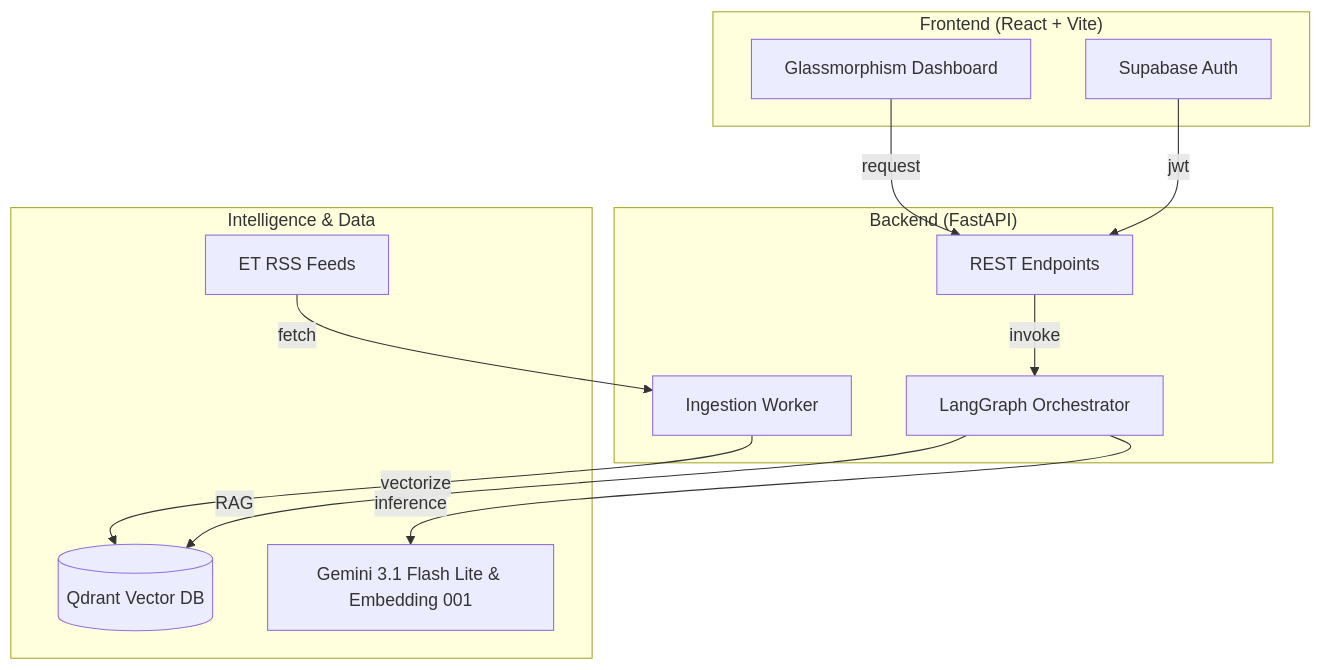
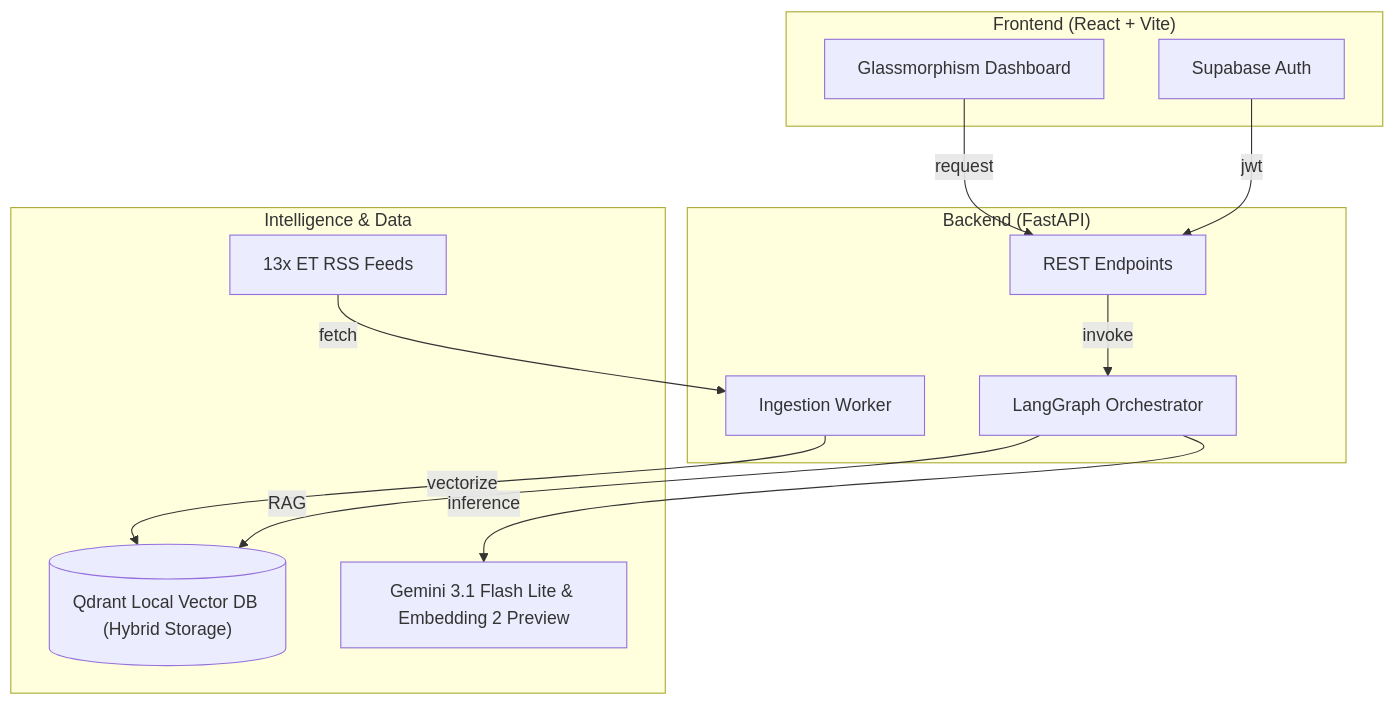
The first of 2 diagrams in ARCHITECTURE.md (1CodeBreaker705/ET-News-Sphere), drawn with Mermaid before and after one commit. The commit also changed other lines of this file and 12 other files, not shown here.

````diff
--- a/ARCHITECTURE.md
+++ b/ARCHITECTURE.md
@@ -10,27 +10,27 @@
 ```mermaid
 graph TD
     subgraph "Frontend (React + Vite)"
         UI["Glassmorphism Dashboard"]
         Auth["Supabase Auth"]
     end
 
     subgraph "Backend (FastAPI)"
         API["REST Endpoints"]
         LG["LangGraph Orchestrator"]
         Ingest["Ingestion Worker"]
     end
 
     subgraph "Intelligence & Data"
-        Gemini["Gemini 3.1 Flash Lite & Embedding 001"]
-        Qdrant[("Qdrant Vector DB")]
-        ET["ET RSS Feeds"]
+        Gemini["Gemini 3.1 Flash Lite & Embedding 2 Preview"]
+        Qdrant[("Qdrant Local Vector DB (Hybrid Storage)")]
+        ET["13x ET RSS Feeds"]
     end
 
     ET -->|fetch| Ingest
     Ingest -->|vectorize| Qdrant
     UI -->|request| API
     API -->|invoke| LG
     LG -->|RAG| Qdrant
     LG -->|inference| Gemini
     Auth -->|jwt| API
 ```
````
